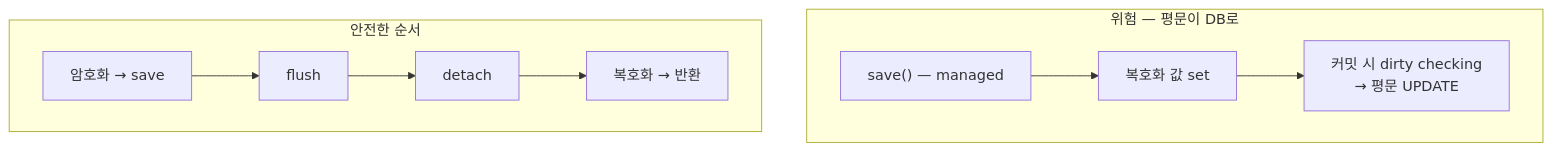
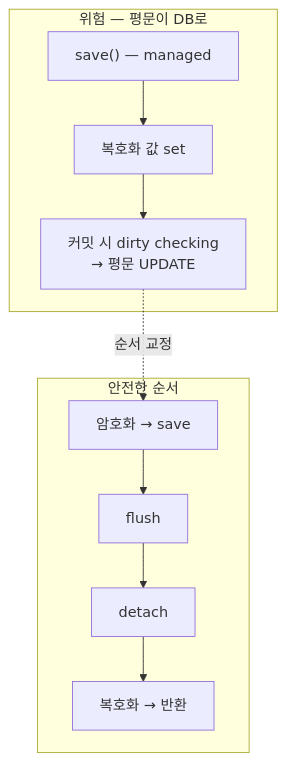
The first of 5 diagrams in moiso/README.md (thdwjdrl401/dev_retrospective), drawn with Mermaid before and after one commit. The commit also changed other lines of this file and 1 other file, not shown here.

Commit message:
docs: 머메이드 비교 도식 순서(이전→이후) 고정
dirty-checking·N+1·Confetti 도식에 연결 화살표를 추가해 이전→이후 순서를 강제. 두 subgraph만으로는 렌더러(dagre)가 상하 순서를 보장하지 않던 문제.

````diff
--- a/moiso/README.md
+++ b/moiso/README.md
@@ -27,9 +27,10 @@
 ```mermaid
 flowchart TB
   subgraph wrong ["위험 — 평문이 DB로"]
     W1["save() — managed"] --> W2["복호화 값 set"] --> W3["커밋 시 dirty checking<br/>→ 평문 UPDATE"]
   end
   subgraph right ["안전한 순서"]
     R1["암호화 → save"] --> R2["flush"] --> R3["detach"] --> R4["복호화 → 반환"]
   end
+  W3 -. 순서 교정 .-> R1
 ```
````
